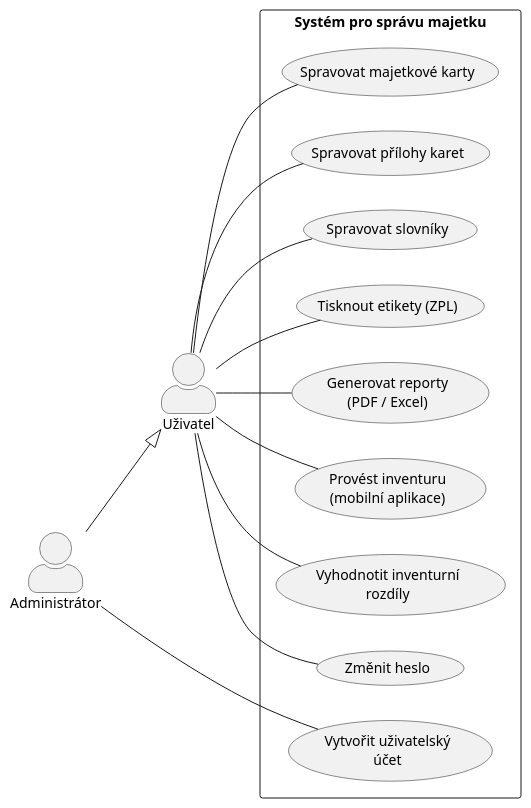
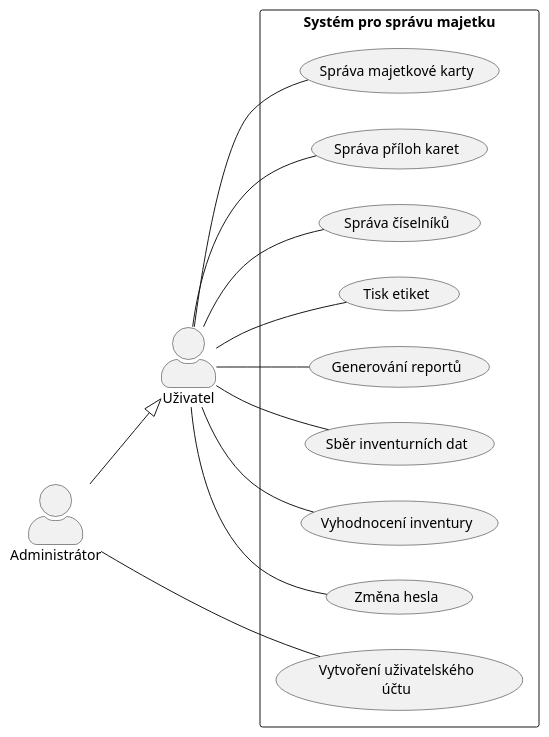
The diagram in thesis/diagrams/use-case-diagram.puml (ondrasovka04/majetek), drawn with PlantUML before and after one commit. The commit also changed 21 other files, not shown here.

```diff
--- a/thesis/diagrams/use-case-diagram.puml
+++ b/thesis/diagrams/use-case-diagram.puml
@@ -1,32 +1,32 @@
 @startuml
 left to right direction
 skinparam actorStyle awesome
 skinparam packageStyle rectangle
 
 actor "Uživatel" as U
 actor "Administrátor" as A
 
 rectangle "Systém pro správu majetku" {
-    usecase "Spravovat majetkové karty" as UC1
-    usecase "Spravovat přílohy karet" as UC2
-    usecase "Spravovat slovníky" as UC3
-    usecase "Tisknout etikety (ZPL)" as UC4
-    usecase "Generovat reporty\n(PDF / Excel)" as UC5
-    usecase "Provést inventuru\n(mobilní aplikace)" as UC6
-    usecase "Vyhodnotit inventurní\nrozdíly" as UC7
-    usecase "Změnit heslo" as UC8
-    usecase "Vytvořit uživatelský\núčet" as UC9
+    usecase "Správa majetkové karty" as UC1
+    usecase "Správa příloh karet" as UC2
+    usecase "Správa číselníků" as UC3
+    usecase "Tisk etiket" as UC4
+    usecase "Generování reportů" as UC5
+    usecase "Sběr inventurních dat" as UC6
+    usecase "Vyhodnocení inventury" as UC7
+    usecase "Změna hesla" as UC8
+    usecase "Vytvoření uživatelského\núčtu" as UC9
 }
 
 U -- UC1
 U -- UC2
 U -- UC3
 U -- UC4
 U -- UC5
 U -- UC6
 U -- UC7
 U -- UC8
 
 A -- UC9
 A --|> U
 @enduml
```
